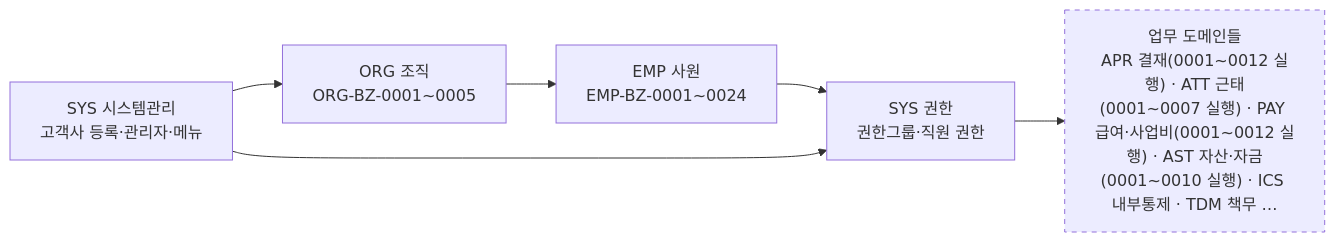
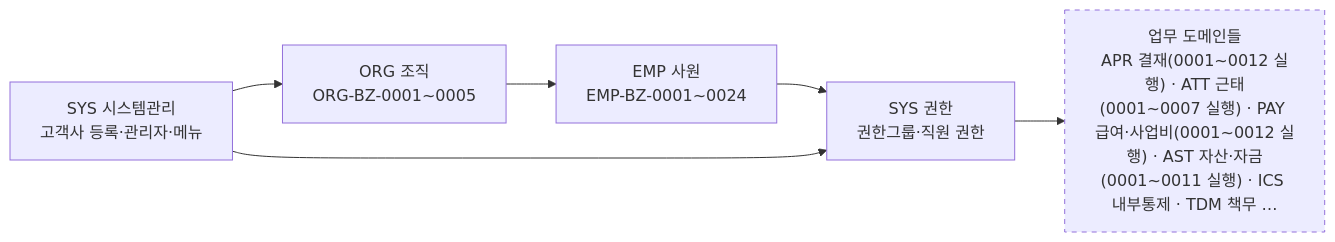
One commit to KimDoYoung/framework-sprt changed the diagram in AssetERP/docs/2-업무분석/biz-event/00-도메인Map.md. Above: the diagram before and after it, drawn with Mermaid. The commit also changed 3 other files, not shown here.

````diff
--- a/AssetERP/docs/2-업무분석/biz-event/00-도메인Map.md
+++ b/AssetERP/docs/2-업무분석/biz-event/00-도메인Map.md
@@ -6,14 +6,14 @@
 ```mermaid
 flowchart LR
     SYS["SYS 시스템관리<br/>고객사 등록·관리자·메뉴"]
     ORG["ORG 조직<br/>ORG-BZ-0001~0005"]
     EMP["EMP 사원<br/>EMP-BZ-0001~0024"]
     AUTH["SYS 권한<br/>권한그룹·직원 권한"]
-    WORK["업무 도메인들<br/>APR 결재(0001~0012 실행) · ATT 근태(0001~0007 실행) · PAY 급여·사업비(0001~0012 실행) · AST 자산·자금(0001~0010 실행) · ICS 내부통제 · TDM 책무 …"]
+    WORK["업무 도메인들<br/>APR 결재(0001~0012 실행) · ATT 근태(0001~0007 실행) · PAY 급여·사업비(0001~0012 실행) · AST 자산·자금(0001~0011 실행) · ICS 내부통제 · TDM 책무 …"]
 
     SYS --> ORG --> EMP --> AUTH --> WORK
     SYS --> AUTH
 
     classDef todo stroke-dasharray: 5 5
     class WORK todo
 ```
````
